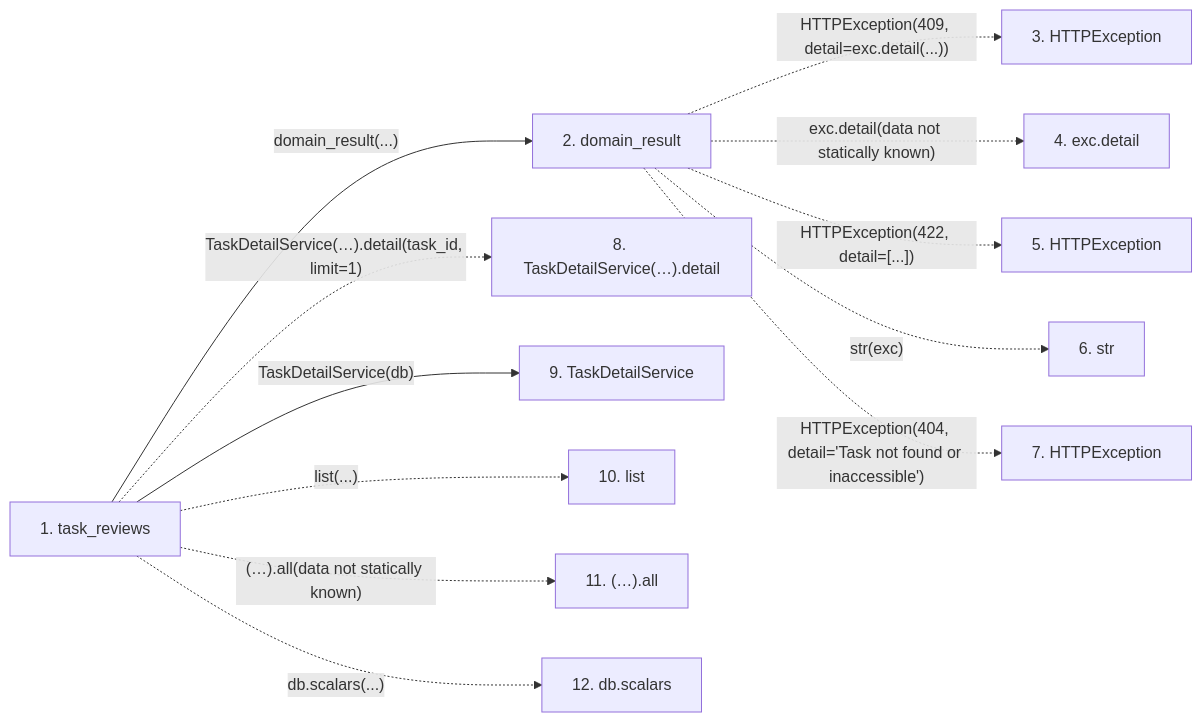
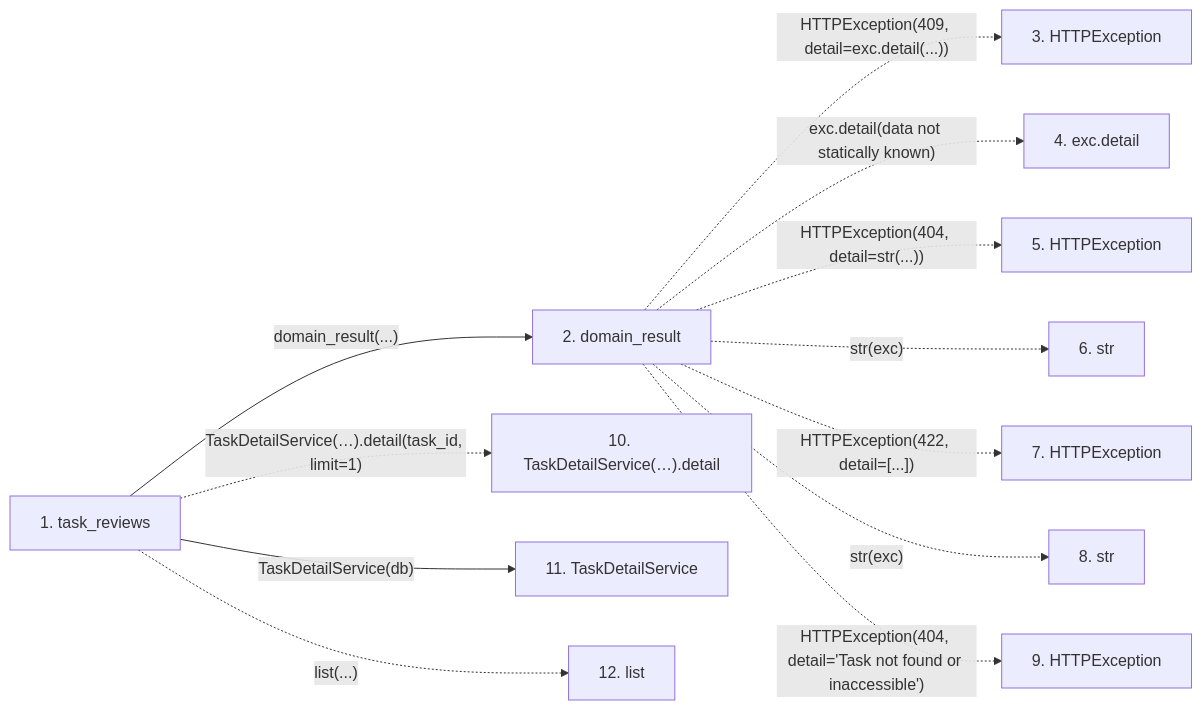
The second of 2 diagrams in docs/llm_wiki/flows/http-task_reviews.md (Denissvgn/WorkChord), drawn with Mermaid before and after one commit. The commit also changed other lines of this file and 6624 other files, not shown here.

````diff
--- a/docs/llm_wiki/flows/http-task_reviews.md
+++ b/docs/llm_wiki/flows/http-task_reviews.md
@@ -46,29 +48,29 @@
 ```mermaid
 flowchart LR
     s1["1. task_reviews"]
     s2["2. domain_result"]
     s3["3. HTTPException"]
     s4["4. exc.detail"]
     s5["5. HTTPException"]
     s6["6. str"]
     s7["7. HTTPException"]
-    s8["8. TaskDetailService(…).detail"]
-    s9["9. TaskDetailService"]
-    s10["10. list"]
-    s11["11. (…).all"]
-    s12["12. db.scalars"]
+    s8["8. str"]
+    s9["9. HTTPException"]
+    s10["10. TaskDetailService(…).detail"]
+    s11["11. TaskDetailService"]
+    s12["12. list"]
     s1 -->|"domain_result(...)"| s2
     s2 -. "HTTPException(409, detail=exc.detail(...))" .-> s3
     s2 -. "exc.detail(data not statically known)" .-> s4
-    s2 -. "HTTPException(422, detail=[...])" .-> s5
+    s2 -. "HTTPException(404, detail=str(...))" .-> s5
     s2 -. "str(exc)" .-> s6
-    s2 -. "HTTPException(404, detail='Task not found or inaccessible')" .-> s7
-    s1 -. "TaskDetailService(…).detail(task_id, limit=1)" .-> s8
-    s1 -->|"TaskDetailService(db)"| s9
-    s1 -. "list(...)" .-> s10
-    s1 -. "(…).all(data not statically known)" .-> s11
-    s1 -. "db.scalars(...)" .-> s12
+    s2 -. "HTTPException(422, detail=[...])" .-> s7
+    s2 -. "str(exc)" .-> s8
+    s2 -. "HTTPException(404, detail='Task not found or inaccessible')" .-> s9
+    s1 -. "TaskDetailService(…).detail(task_id, limit=1)" .-> s10
+    s1 -->|"TaskDetailService(db)"| s11
+    s1 -. "list(...)" .-> s12
     click s1 "../modules/routers_task_domain.md"
     click s2 "../modules/routers_task_domain.md"
-    click s9 "../modules/task_detail_service.md"
+    click s11 "../modules/task_detail_service.md"
 ```
````
